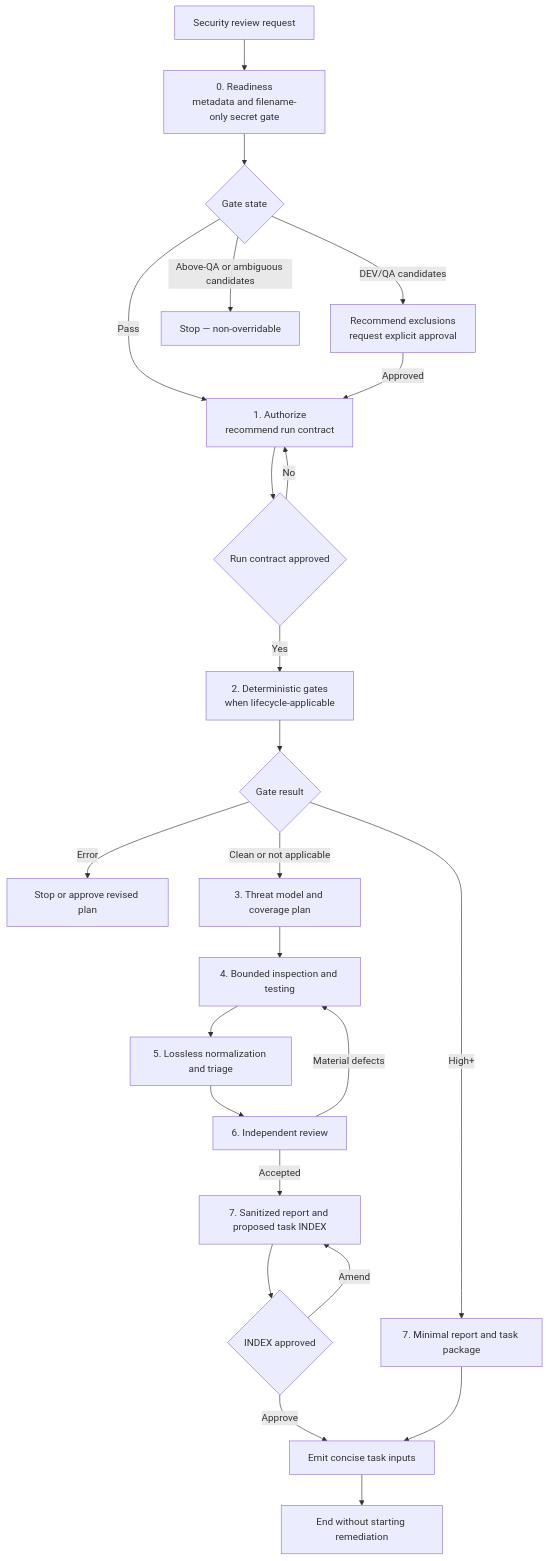
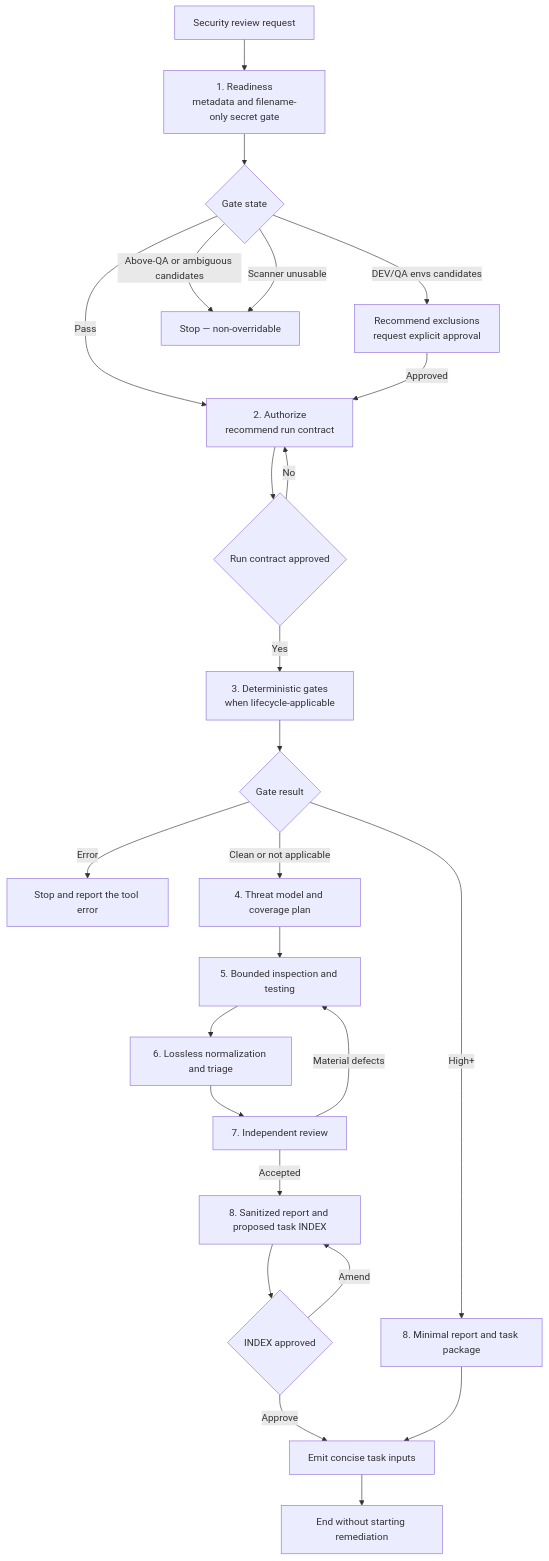
One commit to griddynamics/rosetta changed the first of 2 diagrams in docs/web/docs/security-flow.md. Above: the diagram before and after it, drawn with Mermaid. The commit also changed other lines of this file and 25 other files, not shown here.

First line of the commit message:
fix(security): address PR review — phase numbering, secret-gate execution, contracts

````diff
--- a/docs/web/docs/security-flow.md
+++ b/docs/web/docs/security-flow.md
@@ -101,26 +101,27 @@
 ```mermaid
 flowchart TD
-    A["Security review request"] --> B["0. Readiness<br/>metadata and filename-only secret gate"]
+    A["Security review request"] --> B["1. Readiness<br/>metadata and filename-only secret gate"]
     B --> C{"Gate state"}
-    C -- "DEV/QA candidates" --> D["Recommend exclusions<br/>request explicit approval"]
+    C -- "DEV/QA envs candidates" --> D["Recommend exclusions<br/>request explicit approval"]
     C -- "Above-QA or ambiguous candidates" --> X["Stop — non-overridable"]
-    C -- "Pass" --> E["1. Authorize<br/>recommend run contract"]
+    C -- "Scanner unusable" --> X
+    C -- "Pass" --> E["2. Authorize<br/>recommend run contract"]
     D -- "Approved" --> E
     E --> F{"Run contract approved"}
     F -- "No" --> E
-    F -- "Yes" --> G["2. Deterministic gates<br/>when lifecycle-applicable"]
+    F -- "Yes" --> G["3. Deterministic gates<br/>when lifecycle-applicable"]
     G --> H{"Gate result"}
-    H -- "High+" --> N["7. Minimal report and task package"]
-    H -- "Error" --> Y["Stop or approve revised plan"]
-    H -- "Clean or not applicable" --> I["3. Threat model and coverage plan"]
-    I --> J["4. Bounded inspection and testing"]
-    J --> K["5. Lossless normalization and triage"]
-    K --> L["6. Independent review"]
+    H -- "High+" --> N["8. Minimal report and task package"]
+    H -- "Error" --> Y["Stop and report the tool error"]
+    H -- "Clean or not applicable" --> I["4. Threat model and coverage plan"]
+    I --> J["5. Bounded inspection and testing"]
+    J --> K["6. Lossless normalization and triage"]
+    K --> L["7. Independent review"]
     L -- "Material defects" --> J
-    L -- "Accepted" --> M["7. Sanitized report and proposed task INDEX"]
+    L -- "Accepted" --> M["8. Sanitized report and proposed task INDEX"]
     M --> O{"INDEX approved"}
     O -- "Amend" --> M
     O -- "Approve" --> P["Emit concise task inputs"]
     N --> P
     P --> Q["End without starting remediation"]
 ```
````
